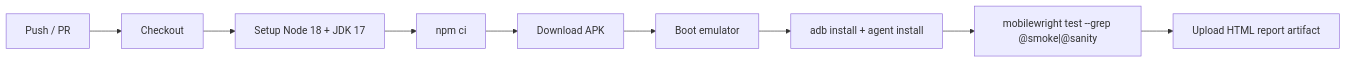
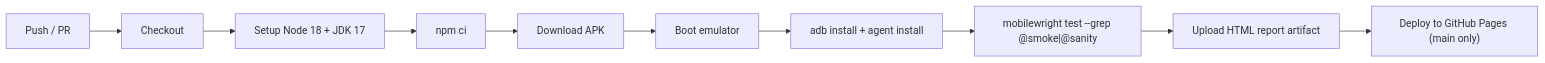
One commit to sharisroy/mobilewright-testapp changed the fifth of 6 diagrams in README.md. Above: the diagram before and after it, drawn with Mermaid. The commit also changed other lines of this file and 3 other files, not shown here.

Commit message:
Deploy HTML report to GitHub Pages

````diff
--- a/README.md
+++ b/README.md
@@ -936,11 +955,12 @@
 ```mermaid
 flowchart LR
     A[Push / PR] --> B[Checkout]
     B --> C[Setup Node 18 + JDK 17]
     C --> D[npm ci]
     D --> E[Download APK]
     E --> F[Boot emulator]
     F --> G[adb install + agent install]
     G --> H["mobilewright test --grep @smoke|@sanity"]
     H --> I[Upload HTML report artifact]
+    I --> J["Deploy to GitHub Pages (main only)"]
 ```
````
